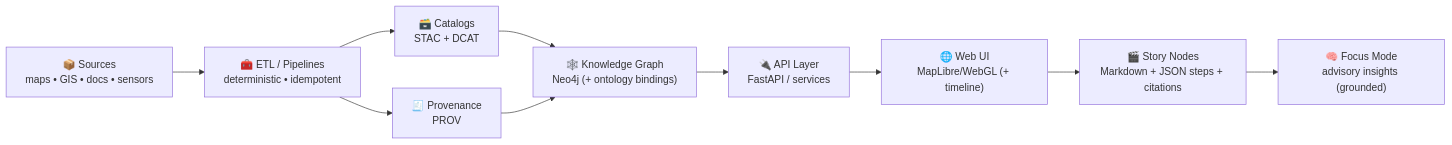
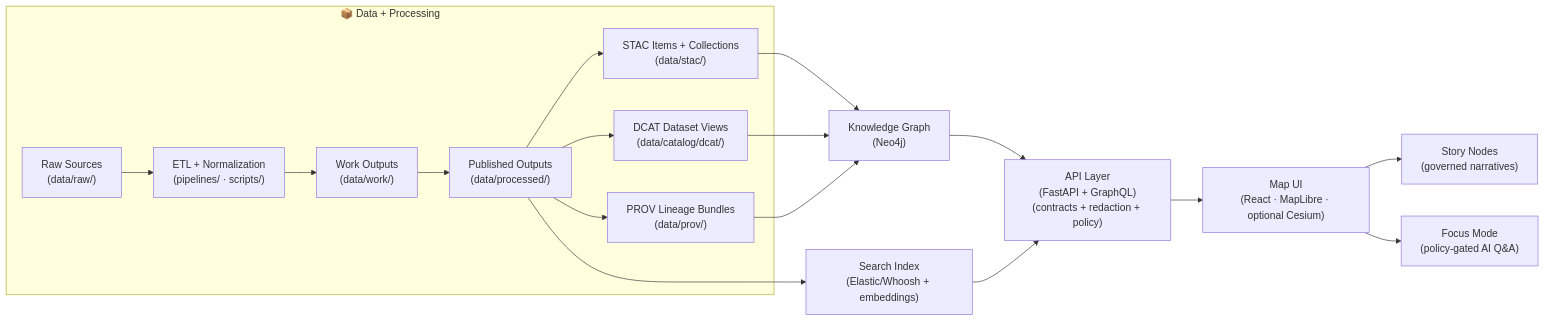
One commit to bartytime4life/Kansas-Frontier-Matrix changed the first of 2 diagrams in .github/README.md. Above: the diagram before and after it, drawn with Mermaid. The commit also changed other lines of this file, not shown here.

````diff
--- a/.github/README.md
+++ b/.github/README.md
@@ -125,12 +130,23 @@
 ```mermaid
 flowchart LR
-  A["📦 Sources<br/>maps • GIS • docs • sensors"] --> B["🧰 ETL / Pipelines<br/>deterministic • idempotent"]
-  B --> C["🗃️ Catalogs<br/>STAC + DCAT"]
-  B --> D["🧾 Provenance<br/>PROV"]
-  C --> E["🕸️ Knowledge Graph<br/>Neo4j (+ ontology bindings)"]
-  D --> E
-  E --> F["🔌 API Layer<br/>FastAPI / services"]
-  F --> G["🌐 Web UI<br/>MapLibre/WebGL (+ timeline)"]
-  G --> H["🎬 Story Nodes<br/>Markdown + JSON steps + citations"]
-  H --> I["🧠 Focus Mode<br/>advisory insights (grounded)"]
+  subgraph Data["📦 Data + Processing"]
+    A["Raw Sources<br/>(data/raw/)"] --> B["ETL + Normalization<br/>(pipelines/ · scripts/)"]
+    B --> W["Work Outputs<br/>(data/work/)"]
+    W --> P["Published Outputs<br/>(data/processed/)"]
+    P --> C["STAC Items + Collections<br/>(data/stac/)"]
+    P --> D["DCAT Dataset Views<br/>(data/catalog/dcat/)"]
+    P --> E["PROV Lineage Bundles<br/>(data/prov/)"]
+  end
+
+  C --> G["Knowledge Graph<br/>(Neo4j)"]
+  D --> G
+  E --> G
+
+  P --> S["Search Index<br/>(Elastic/Whoosh + embeddings)"]
+
+  G --> H["API Layer<br/>(FastAPI + GraphQL)<br/>(contracts + redaction + policy)"]
+  S --> H
+  H --> I["Map UI<br/>(React · MapLibre · optional Cesium)"]
+  I --> J["Story Nodes<br/>(governed narratives)"]
+  I --> K["Focus Mode<br/>(policy-gated AI Q&A)"]
 ```
````
